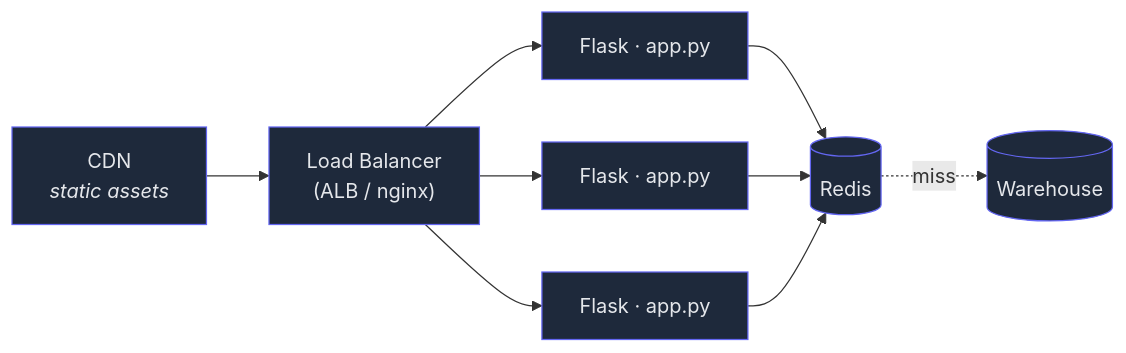
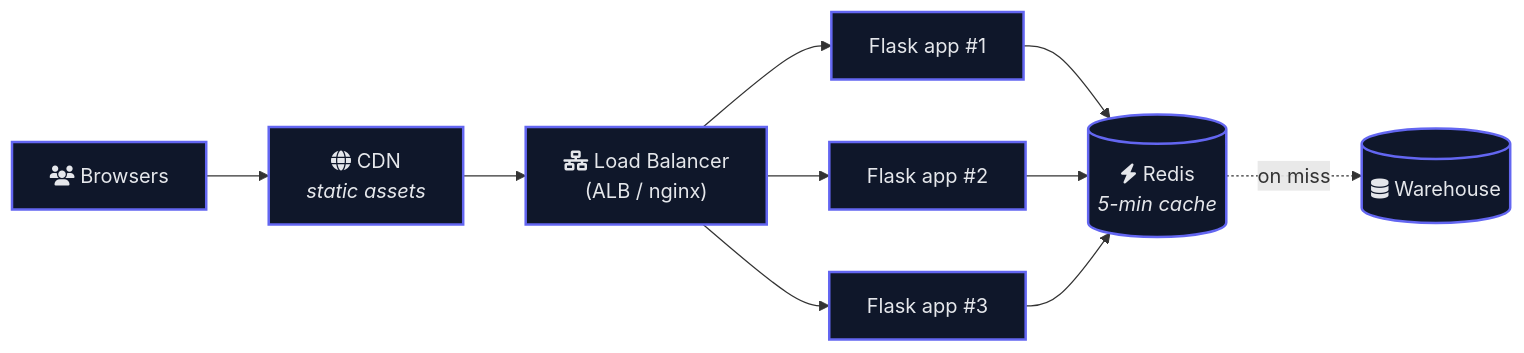
The seventh of 7 diagrams in ARCHITECTURE.md (skondappa/enterprise-ai-adoption-usage-dashboard), drawn with Mermaid before and after one commit. The commit also changed other lines of this file, not shown here.

First line of the commit message:
docs: rewrite ARCHITECTURE diagrams for layperson readability

````diff
--- a/ARCHITECTURE.md
+++ b/ARCHITECTURE.md
@@ -232,14 +330,15 @@
 ```mermaid
 flowchart LR
-    LB["Load Balancer<br/>(ALB / nginx)"] --> APP1["Flask · app.py"]
-    LB --> APP2["Flask · app.py"]
-    LB --> APP3["Flask · app.py"]
-    APP1 --> CACHE[("Redis")]
+    USERS["fa:fa-users  Browsers"] --> CDN["fa:fa-globe  CDN<br/><i>static assets</i>"]
+    CDN --> LB["fa:fa-network-wired  Load Balancer<br/>(ALB / nginx)"]
+    LB --> APP1["Flask app #1"]
+    LB --> APP2["Flask app #2"]
+    LB --> APP3["Flask app #3"]
+    APP1 --> CACHE[("fa:fa-bolt  Redis<br/><i>5-min cache</i>")]
     APP2 --> CACHE
     APP3 --> CACHE
-    CACHE -. miss .-> DB[("Warehouse")]
-    CDN["CDN<br/><i>static assets</i>"] --> LB
+    CACHE -. on miss .-> DB[("fa:fa-database  Warehouse")]
 
-    classDef box fill:#1e293b,stroke:#6366f1,color:#e5e7eb
-    class LB,APP1,APP2,APP3,CACHE,DB,CDN box
+    classDef box fill:#0f172a,stroke:#6366f1,color:#e5e7eb,stroke-width:2px
+    class USERS,CDN,LB,APP1,APP2,APP3,CACHE,DB box
 ```
````
